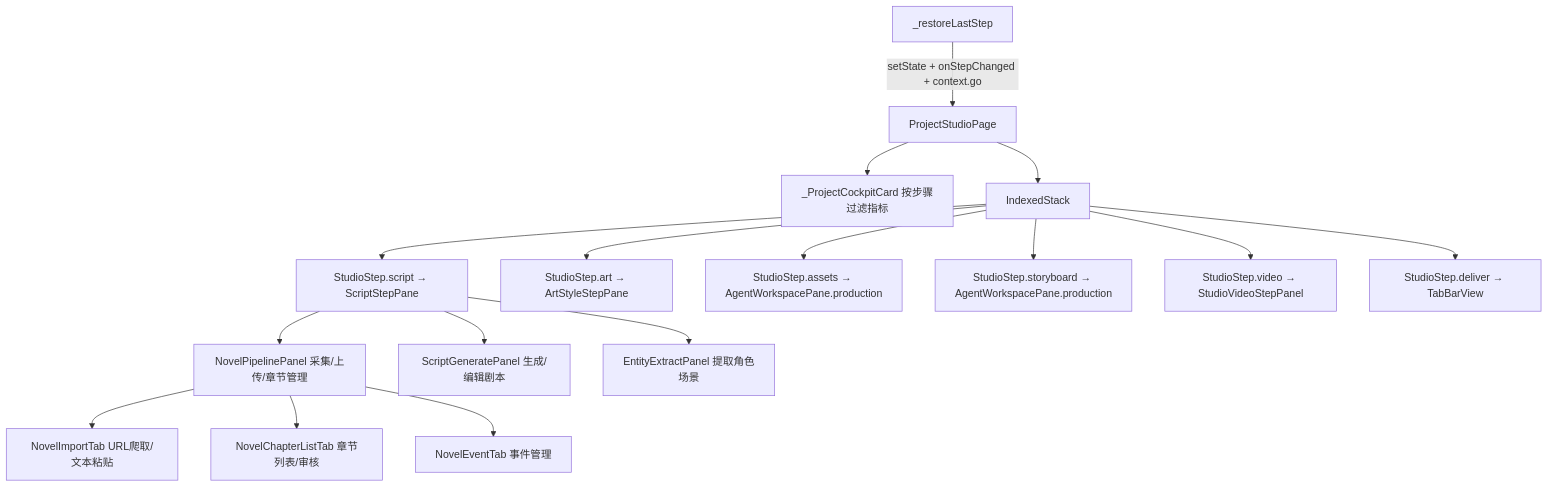
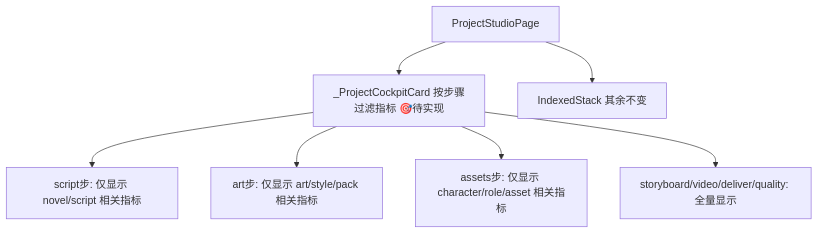
The second of 5 diagrams in .kiro/specs/studio-script-step-redesign/design.md (hebingbing123/Toonflow-app), drawn with Mermaid before and after one commit. The commit also changed other lines of this file and 44 other files, not shown here.

````diff
--- a/.kiro/specs/studio-script-step-redesign/design.md
+++ b/.kiro/specs/studio-script-step-redesign/design.md
@@ -50,20 +64,10 @@
 ```mermaid
 graph TD
-    A[ProjectStudioPage] --> B[_ProjectCockpitCard 按步骤过滤指标]
-    A --> C[IndexedStack]
-    C --> D[StudioStep.script → ScriptStepPane]
-    C --> E[StudioStep.art → ArtStyleStepPane]
-    C --> F[StudioStep.assets → AgentWorkspacePane.production]
-    C --> G[StudioStep.storyboard → AgentWorkspacePane.production]
-    C --> H[StudioStep.video → StudioVideoStepPanel]
-    C --> I[StudioStep.deliver → TabBarView]
+    A[ProjectStudioPage] --> B[_ProjectCockpitCard 按步骤过滤指标 🎯待实现]
+    A --> C[IndexedStack 其余不变]
 
-    J[_restoreLastStep] -->|setState + onStepChanged + context.go| A
-
-    D --> D1[NovelPipelinePanel 采集/上传/章节管理]
-    D --> D2[ScriptGeneratePanel 生成/编辑剧本]
-    D --> D3[EntityExtractPanel 提取角色场景]
-    D1 --> D1a[NovelImportTab URL爬取/文本粘贴]
-    D1 --> D1b[NovelChapterListTab 章节列表/审核]
-    D1 --> D1c[NovelEventTab 事件管理]
+    B --> B1[script步: 仅显示 novel/script 相关指标]
+    B --> B2[art步: 仅显示 art/style/pack 相关指标]
+    B --> B3[assets步: 仅显示 character/role/asset 相关指标]
+    B --> B4[storyboard/video/deliver/quality: 全量显示]
 ```
````
